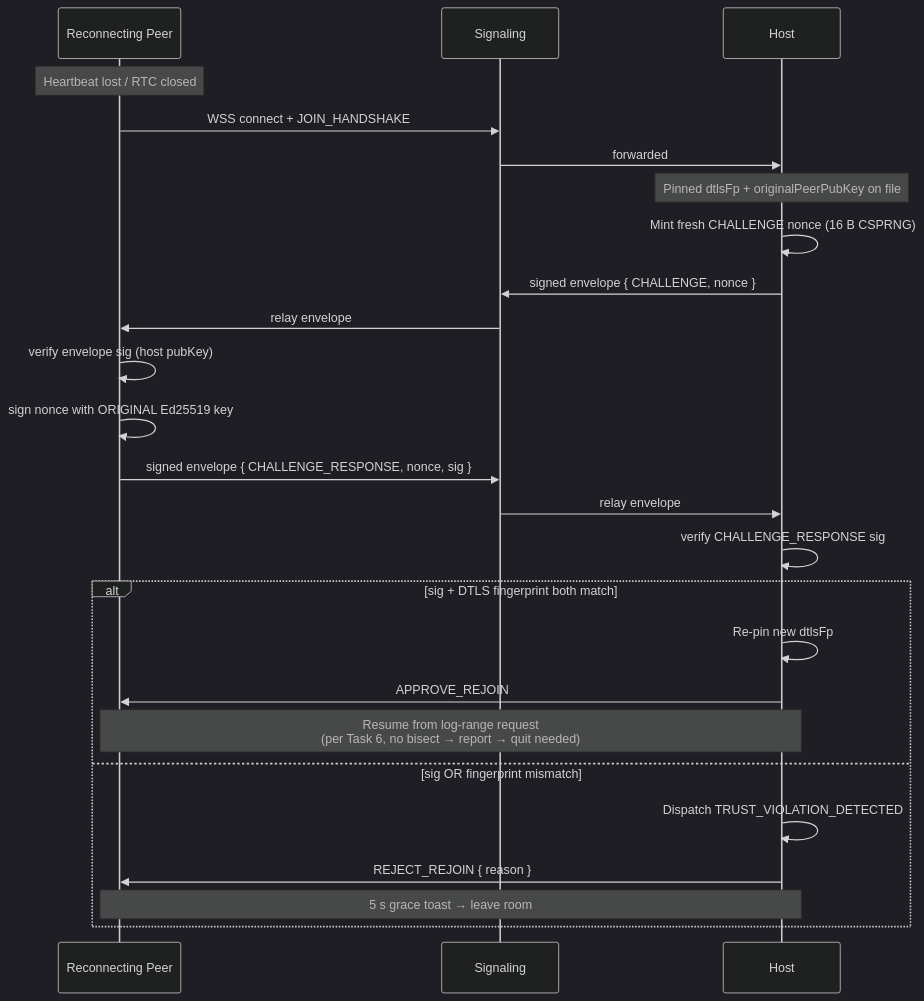
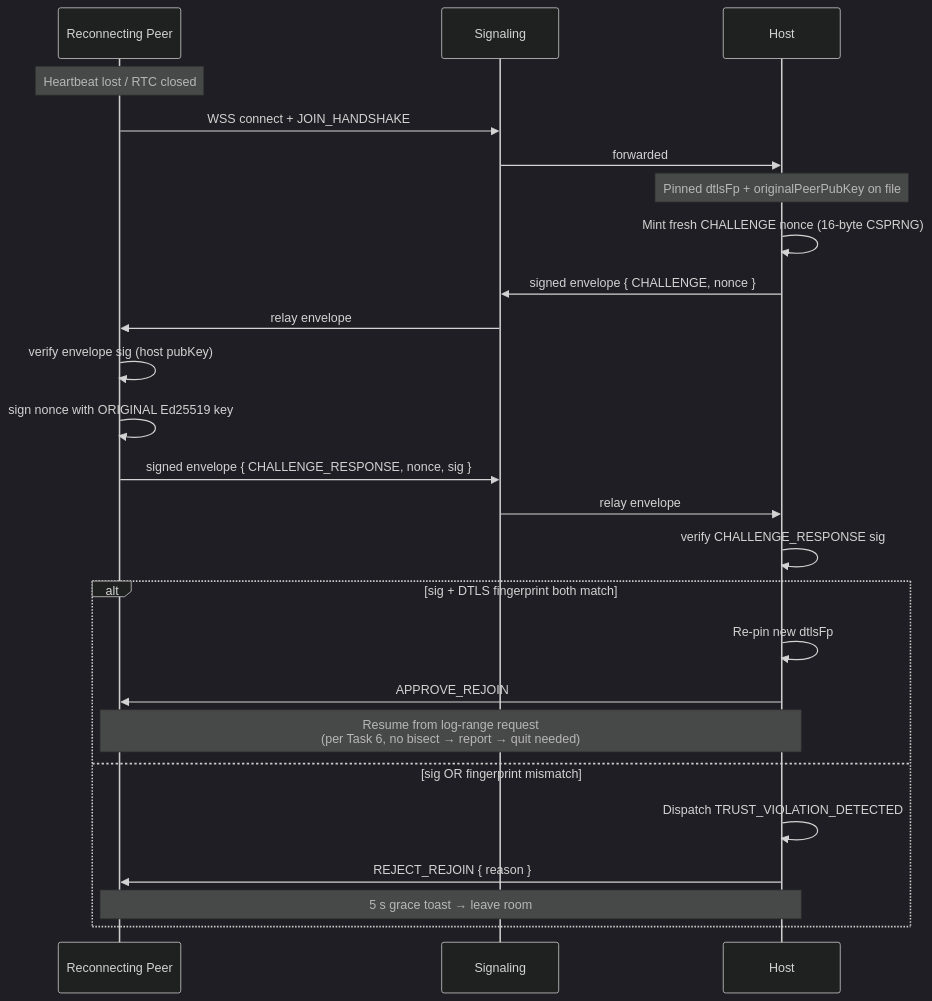
One commit to SunaNoOshiro/Heroes_Reforged_AI_Realms changed the diagram in docs/architecture/diagrams/31-reconnect-continuity-challenge.md. Above: the diagram before and after it, drawn with Mermaid (dark theme). The commit also changed other lines of this file and 518 other files, not shown here.

First line of the commit message:
Add doc-audit skill and sweep architecture/screen docs

````diff
--- a/docs/architecture/diagrams/31-reconnect-continuity-challenge.md
+++ b/docs/architecture/diagrams/31-reconnect-continuity-challenge.md
@@ -21,28 +23,28 @@
 ```mermaid
 sequenceDiagram
     participant P2 as Reconnecting Peer
     participant Sig as Signaling
     participant P1 as Host
 
     Note over P2: Heartbeat lost / RTC closed
     P2->>Sig: WSS connect + JOIN_HANDSHAKE
     Sig->>P1: forwarded
     Note over P1: Pinned dtlsFp + originalPeerPubKey on file
-    P1->>P1: Mint fresh CHALLENGE nonce (16 B CSPRNG)
+    P1->>P1: Mint fresh CHALLENGE nonce (16-byte CSPRNG)
     P1->>Sig: signed envelope { CHALLENGE, nonce }
     Sig->>P2: relay envelope
     P2->>P2: verify envelope sig (host pubKey)
     P2->>P2: sign nonce with ORIGINAL Ed25519 key
     P2->>Sig: signed envelope { CHALLENGE_RESPONSE, nonce, sig }
     Sig->>P1: relay envelope
     P1->>P1: verify CHALLENGE_RESPONSE sig
     alt sig + DTLS fingerprint both match
         P1->>P1: Re-pin new dtlsFp
         P1->>P2: APPROVE_REJOIN
         Note over P1,P2: Resume from log-range request<br/>(per Task 6, no bisect → report → quit needed)
     else sig OR fingerprint mismatch
         P1->>P1: Dispatch TRUST_VIOLATION_DETECTED
         P1->>P2: REJECT_REJOIN { reason }
         Note over P1,P2: 5 s grace toast → leave room
     end
 ```
````
